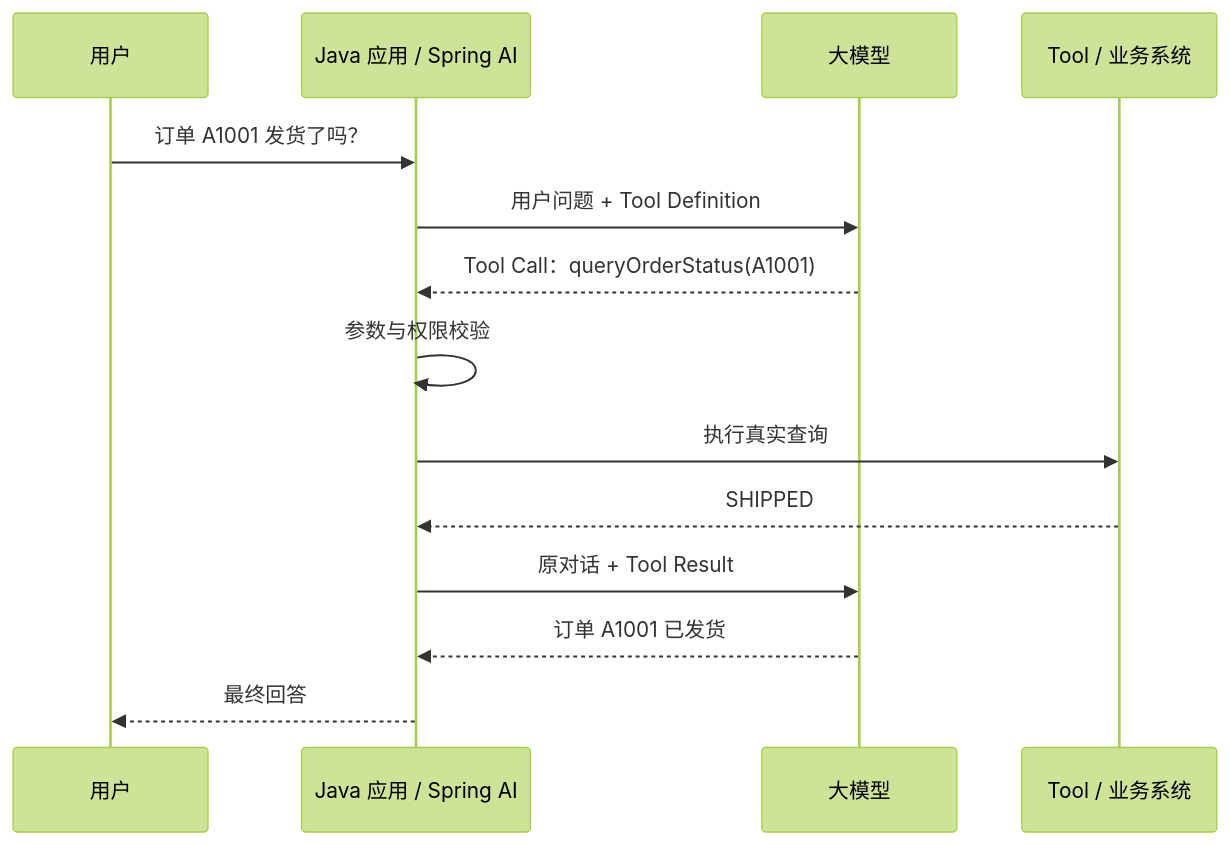
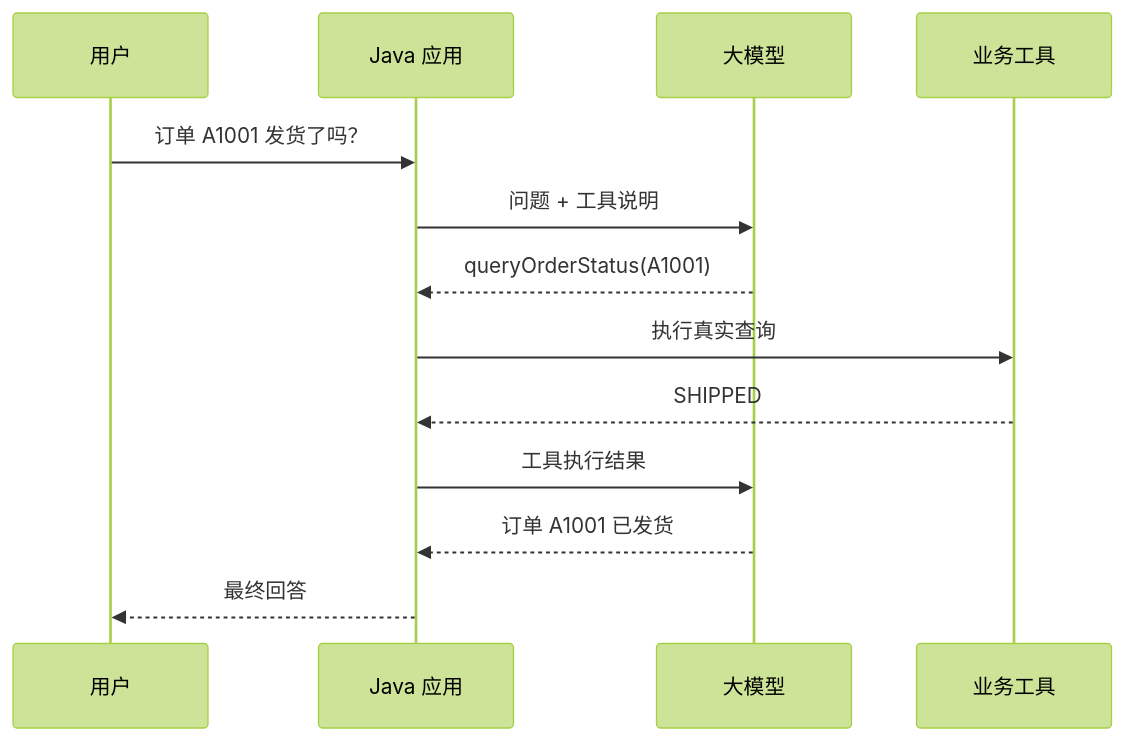
The first of 2 diagrams in content/AI/Agent开发/11.Function Calling、Tool Calling 原理.md (yunyunafyke-sketch/quartz-personal-blog), drawn with Mermaid (forest theme) before and after one commit. The commit also changed other lines of this file and 11 other files, not shown here.

````diff
--- a/content/AI/Agent开发/11.Function Calling、Tool Calling 原理.md
+++ b/content/AI/Agent开发/11.Function Calling、Tool Calling 原理.md
@@ -218,17 +217,16 @@
 ```mermaid
 sequenceDiagram
     participant U as 用户
-    participant A as Java 应用 / Spring AI
+    participant A as Java 应用
     participant M as 大模型
-    participant T as Tool / 业务系统
+    participant T as 业务工具
 
     U->>A: 订单 A1001 发货了吗？
-    A->>M: 用户问题 + Tool Definition
-    M-->>A: Tool Call：queryOrderStatus(A1001)
-    A->>A: 参数与权限校验
+    A->>M: 问题 + 工具说明
+    M-->>A: queryOrderStatus(A1001)
     A->>T: 执行真实查询
     T-->>A: SHIPPED
-    A->>M: 原对话 + Tool Result
+    A->>M: 工具执行结果
     M-->>A: 订单 A1001 已发货
     A-->>U: 最终回答
 ```
````
